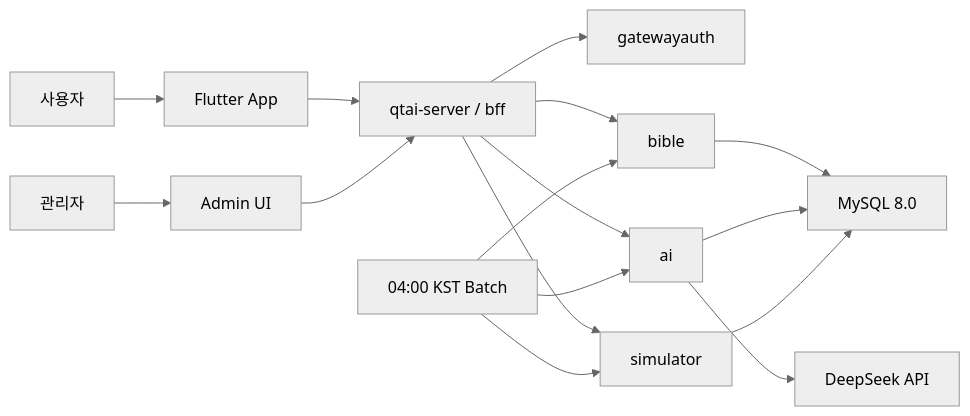
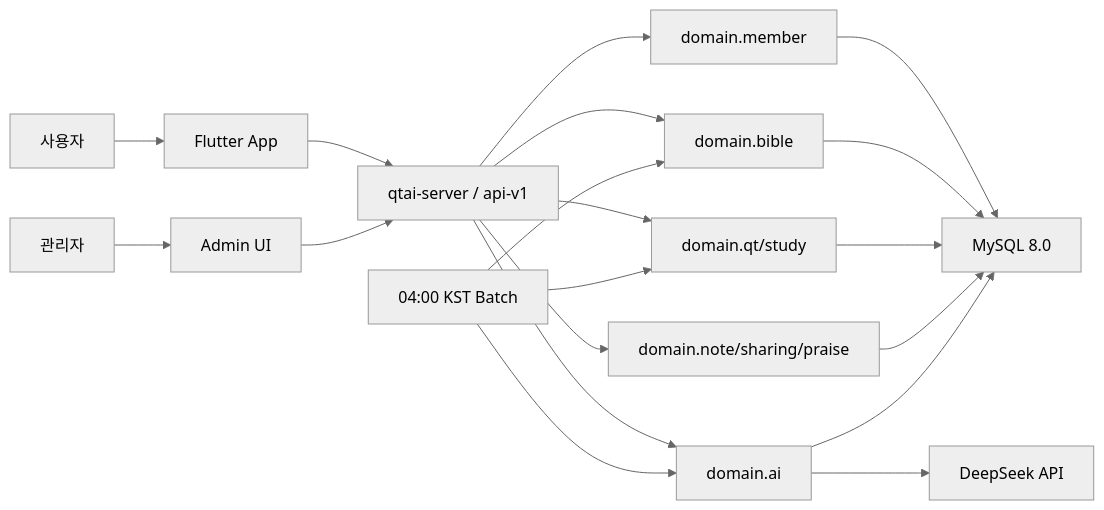
The diagram in 26_포트폴리오_README.md (Tae0072/2nd-Team-Project), drawn with Mermaid (neutral theme) before and after one commit. The commit also changed other lines of this file and 36 other files, not shown here.

````diff
--- a/26_포트폴리오_README.md
+++ b/26_포트폴리오_README.md
@@ -99,18 +99,21 @@
 ```mermaid
 flowchart LR
     User["사용자"] --> Flutter["Flutter App"]
     Admin["관리자"] --> AdminUI["Admin UI"]
-    Flutter --> BFF["qtai-server / bff"]
-    AdminUI --> BFF
-    BFF --> Auth["gatewayauth"]
-    BFF --> Bible["bible"]
-    BFF --> AI["ai"]
-    BFF --> Simulator["simulator"]
-    Bible --> MySQL["MySQL 8.0"]
+    Flutter --> API["qtai-server / api-v1"]
+    AdminUI --> API
+    API --> Member["domain.member"]
+    API --> Bible["domain.bible"]
+    API --> QT["domain.qt/study"]
+    API --> Note["domain.note/sharing/praise"]
+    API --> AI["domain.ai"]
+    Member --> MySQL["MySQL 8.0"]
+    Bible --> MySQL
+    QT --> MySQL
+    Note --> MySQL
     AI --> MySQL
-    Simulator --> MySQL
     AI --> DeepSeek["DeepSeek API"]
     Batch["04:00 KST Batch"] --> Bible
     Batch --> AI
-    Batch --> Simulator
+    Batch --> QT
 ```
````
